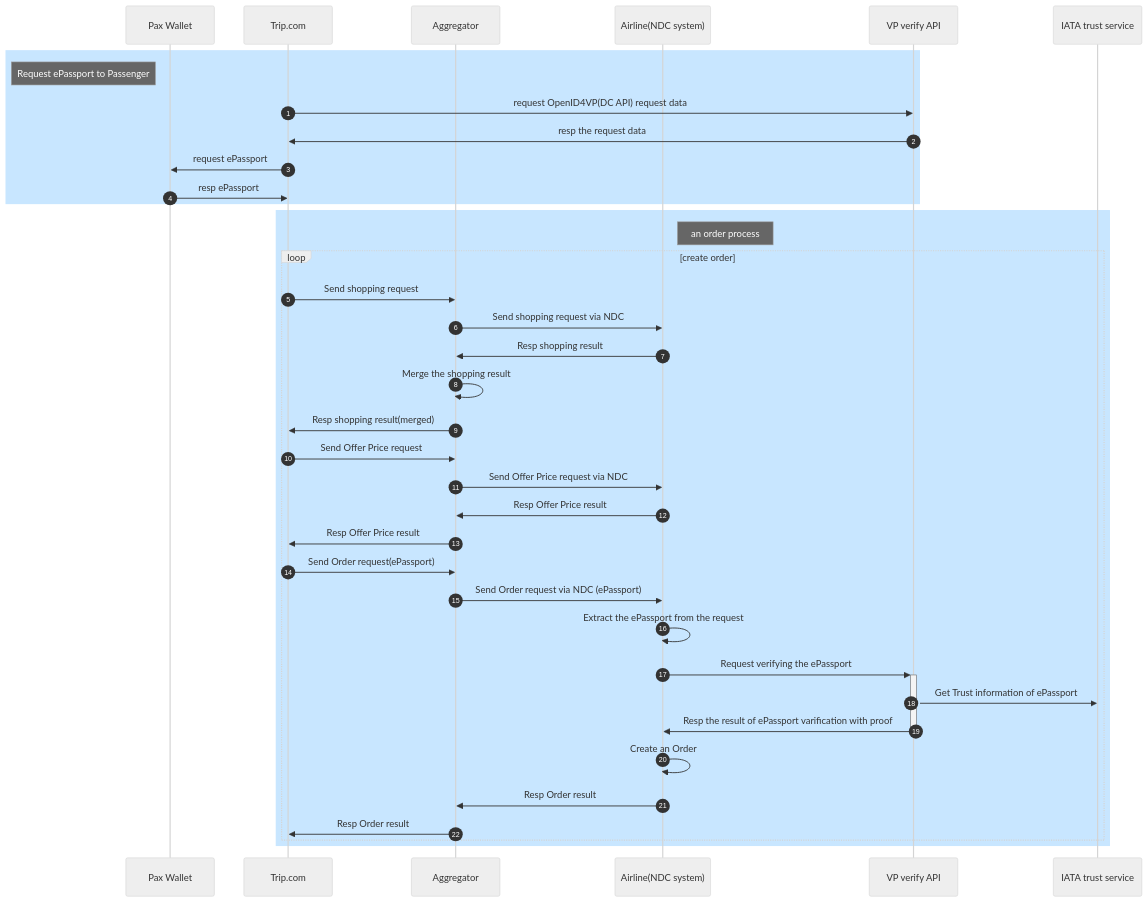
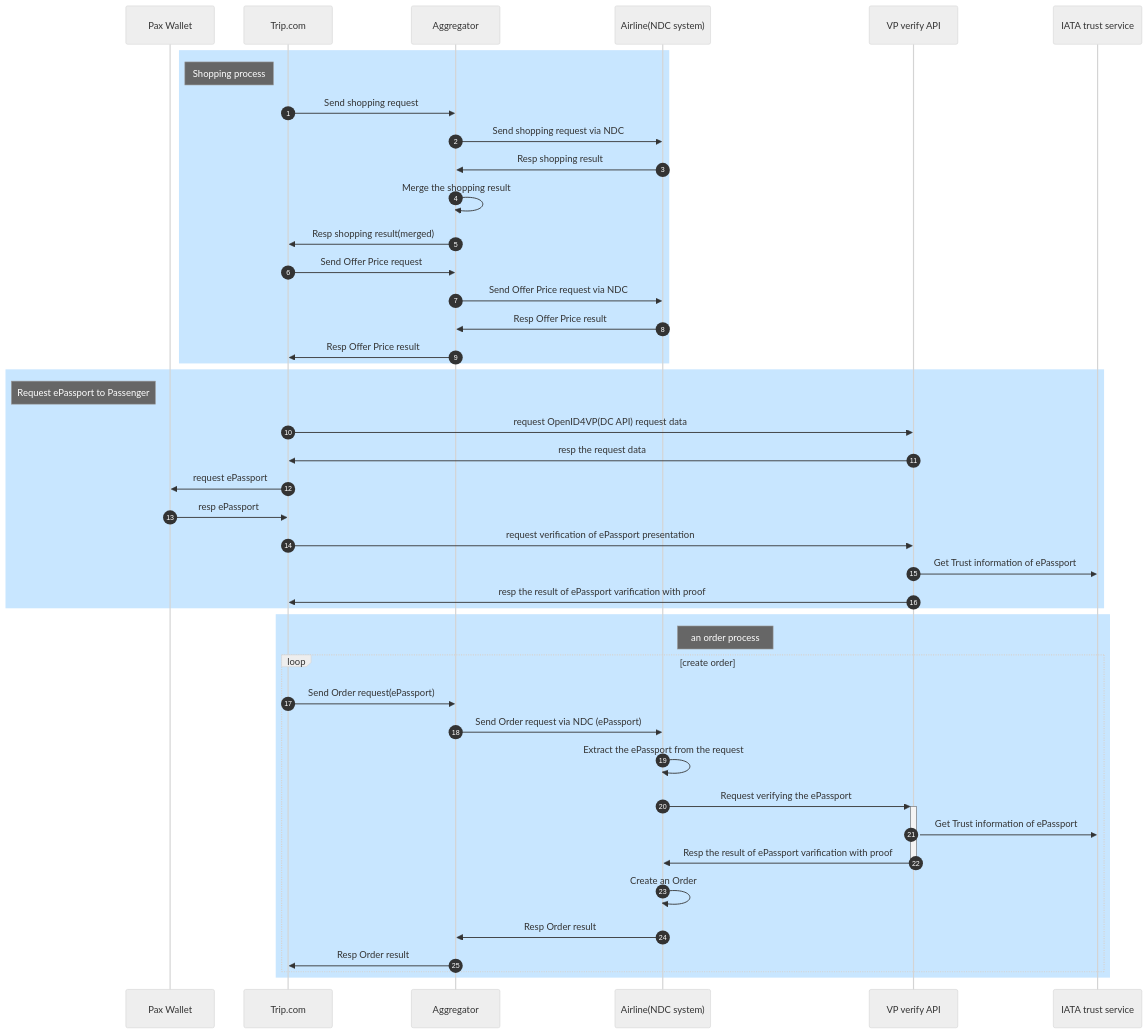
One commit to iata-poc/iata-dat-poc-c2-verifying-digital-identity-in-distribution-process changed the diagram in sequence-diagram/uc3.md. Above: the diagram before and after it, drawn with Mermaid (neutral theme).

Commit message:
feat: fix uc3 seq diagram

````diff
--- a/sequence-diagram/uc3.md
+++ b/sequence-diagram/uc3.md
@@ -3,46 +3,52 @@
 ```mermaid
 sequenceDiagram
 autonumber
     participant PW as Pax Wallet
     participant S as Trip.com
     participant Agg as Aggregator
     participant Air as Airline(NDC system)
     participant VP as VP verify API
     participant IATA as IATA trust service
 
+	rect rgb(200, 230, 255)
+	Note left of S: Shopping process
+		S->>Agg: Send shopping request
+		Agg->>Air: Send shopping request via NDC
+		Air->>Agg: Resp shopping result
+		Agg->>Agg: Merge the shopping result
+		Agg->>S: Resp shopping result(merged)
+
+	    S->>Agg: Send Offer Price request
+	    Agg->>Air: Send Offer Price request via NDC
+	    Air->>Agg: Resp Offer Price result
+	    Agg->>S: Resp Offer Price result
+	end
+
     rect rgb(200, 230, 255)
         Note left of PW: Request ePassport to Passenger
         S->>VP: request OpenID4VP(DC API) request data
         VP->>S: resp the request data
         S->>PW: request ePassport
         PW->>S: resp ePassport
+		S->>VP: request verification of ePassport presentation
+		VP->>IATA: Get Trust information of ePassport
+        VP->>S: resp the result of ePassport varification with proof
     end
 
     rect rgb(200, 230, 255)
         Note right of Air: an order process
         loop create order
-	        S->>Agg: Send shopping request
-	        Agg->>Air: Send shopping request via NDC
-	        Air->>Agg: Resp shopping result
-	        Agg->>Agg: Merge the shopping result
-	        Agg->>S: Resp shopping result(merged)
-
-	        S->>Agg: Send Offer Price request
-	        Agg->>Air: Send Offer Price request via NDC
-	        Air->>Agg: Resp Offer Price result
-	        Agg->>S: Resp Offer Price result
-
 	        S->>Agg: Send Order request(ePassport)
 	        Agg->>Air: Send Order request via NDC (ePassport)
 	        Air->>Air: Extract the ePassport from the request
 	        Air->>+VP: Request verifying the ePassport
 	        VP->>IATA: Get Trust information of ePassport
 	        VP->>-Air: Resp the result of ePassport varification with proof
 	        Air->>Air: Create an Order
 	        Air->>Agg: Resp Order result
 	        Agg->>S: Resp Order result
 	      end
     end
 
 
 ```
````
